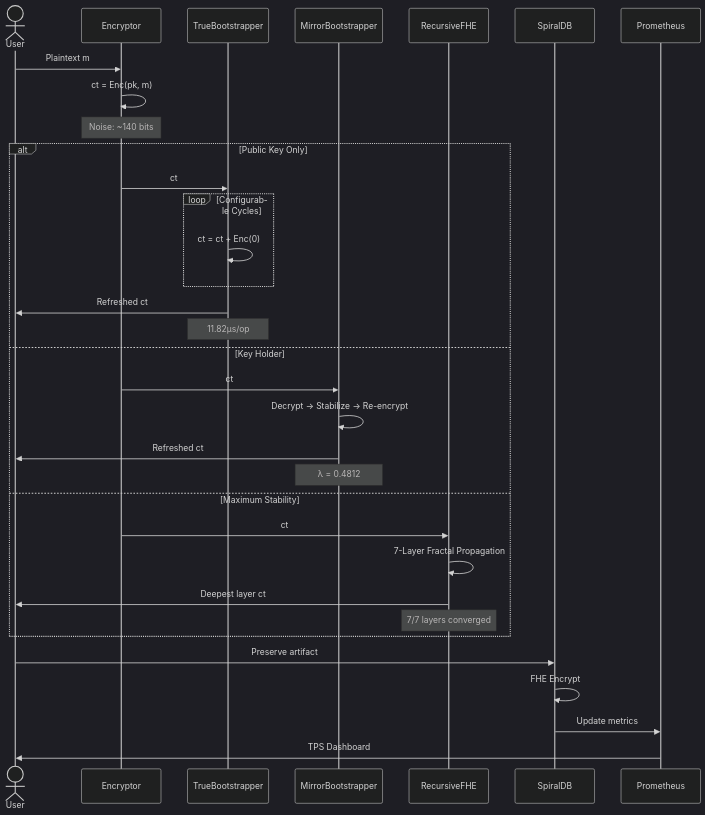
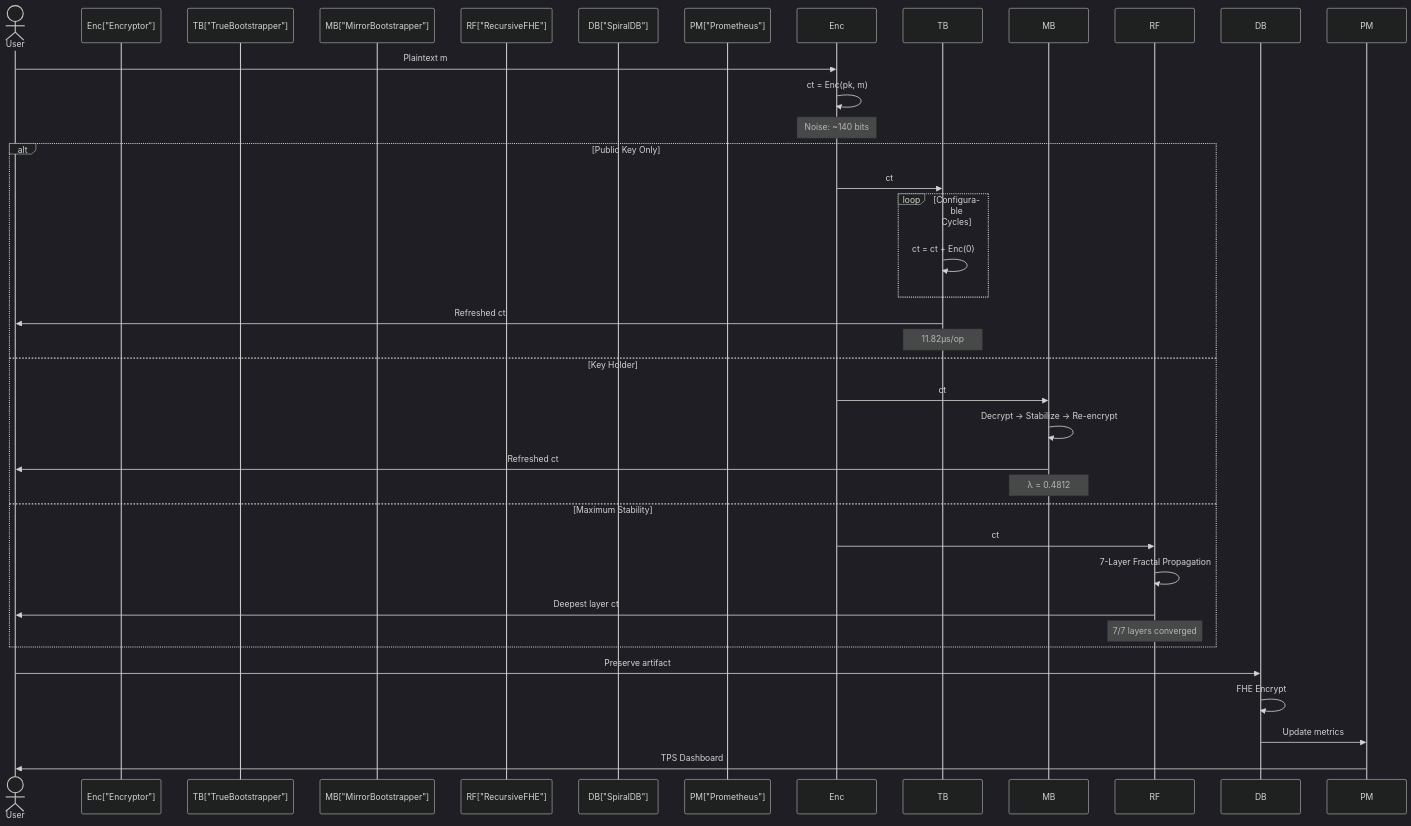
One commit to primordialomegazero/SpiralSEAL changed the second of 2 diagrams in README.md. Above: the diagram before and after it, drawn with Mermaid. The commit also changed other lines of this file, not shown here.

Commit message:
docs: Fix Mermaid diagram syntax for GitHub rendering

````diff
--- a/README.md
+++ b/README.md
@@ -87,39 +87,39 @@
 ```mermaid
 %%{init: {'theme':'dark', 'themeVariables': { 'primaryColor':'#ff69b4','primaryTextColor':'#000','primaryBorderColor':'#ff1493','lineColor':'#ff69b4','secondaryColor':'#1a1a2e','tertiaryColor':'#16213e'}}}%%
 sequenceDiagram
     actor User
-    participant Enc as Encryptor
-    participant TB as TrueBootstrapper
-    participant MB as MirrorBootstrapper
-    participant RF as RecursiveFHE
-    participant DB as SpiralDB
-    participant PM as Prometheus
+    participant Enc["Encryptor"]
+    participant TB["TrueBootstrapper"]
+    participant MB["MirrorBootstrapper"]
+    participant RF["RecursiveFHE"]
+    participant DB["SpiralDB"]
+    participant PM["Prometheus"]
     
     User->>Enc: Plaintext m
     Enc->>Enc: ct = Enc(pk, m)
     Note over Enc: Noise: ~140 bits
     
     alt Public Key Only
         Enc->>TB: ct
         loop Configurable Cycles
             TB->>TB: ct = ct + Enc(0)
         end
         TB->>User: Refreshed ct
         Note over TB: 11.82µs/op
     else Key Holder
         Enc->>MB: ct
         MB->>MB: Decrypt → Stabilize → Re-encrypt
         MB->>User: Refreshed ct
         Note over MB: λ = 0.4812
     else Maximum Stability
         Enc->>RF: ct
         RF->>RF: 7-Layer Fractal Propagation
         RF->>User: Deepest layer ct
         Note over RF: 7/7 layers converged
     end
     
     User->>DB: Preserve artifact
     DB->>DB: FHE Encrypt
     DB->>PM: Update metrics
     PM->>User: TPS Dashboard
 ```
````
